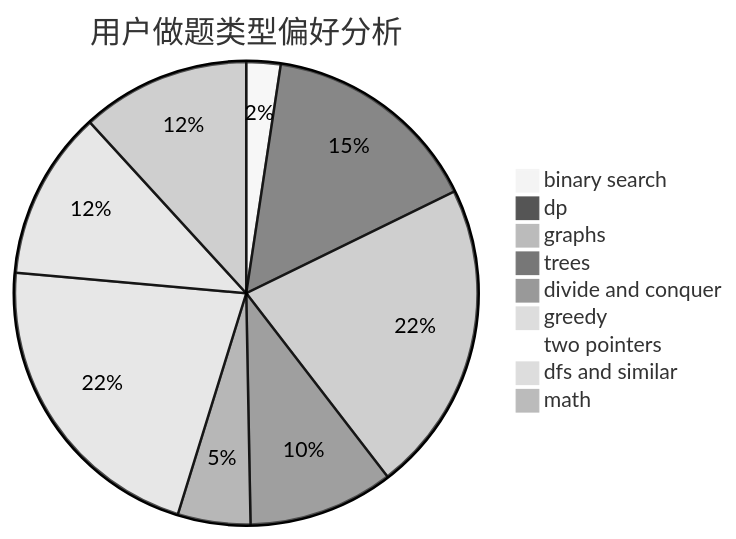
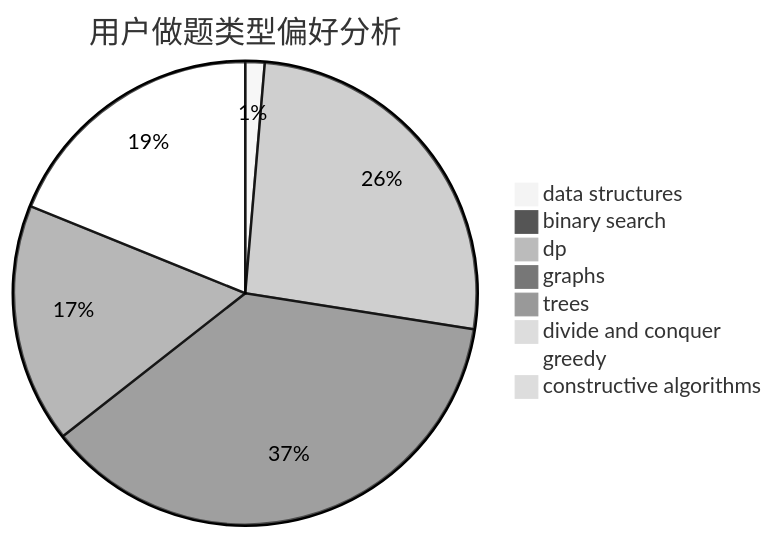
The second of 3 diagrams in docs/user/u167.md (sherpahu/cfrs.github.io), drawn with Mermaid (neutral theme) before and after one commit. The commit also changed other lines of this file and 2775 other files, not shown here.

````diff
--- a/docs/user/u167.md
+++ b/docs/user/u167.md
@@ -23,12 +23,11 @@
 ```mermaid
 pie title 用户做题类型偏好分析
-    "binary search" :  16
-    "dp" :  103
-    "graphs" :  146
-    "trees" :  68
-    "divide and conquer" :  34
-    "greedy" :  145
-    "two pointers" :  0
-    "dfs and similar" :  79
-    "math" :  79
+    "data structures" :  5
+    "binary search" :  0
+    "dp" :  97
+    "graphs" :  137
+    "trees" :  62
+    "divide and conquer" :  0
+    "greedy" :  70
+    "constructive algorithms" :  1
 ```
````
